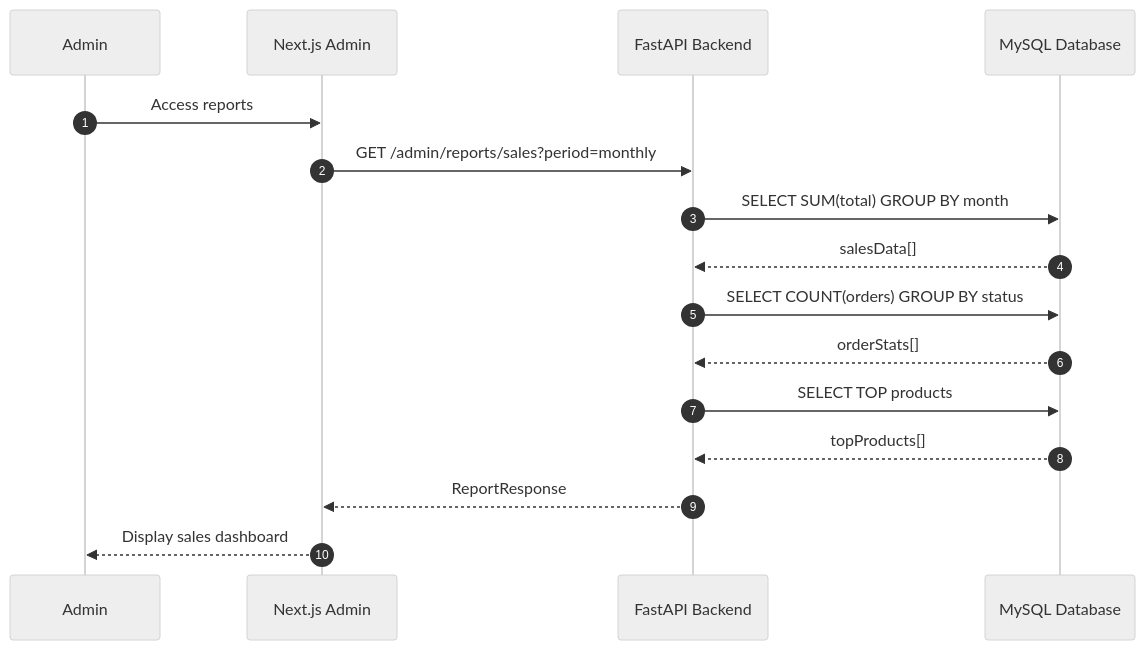
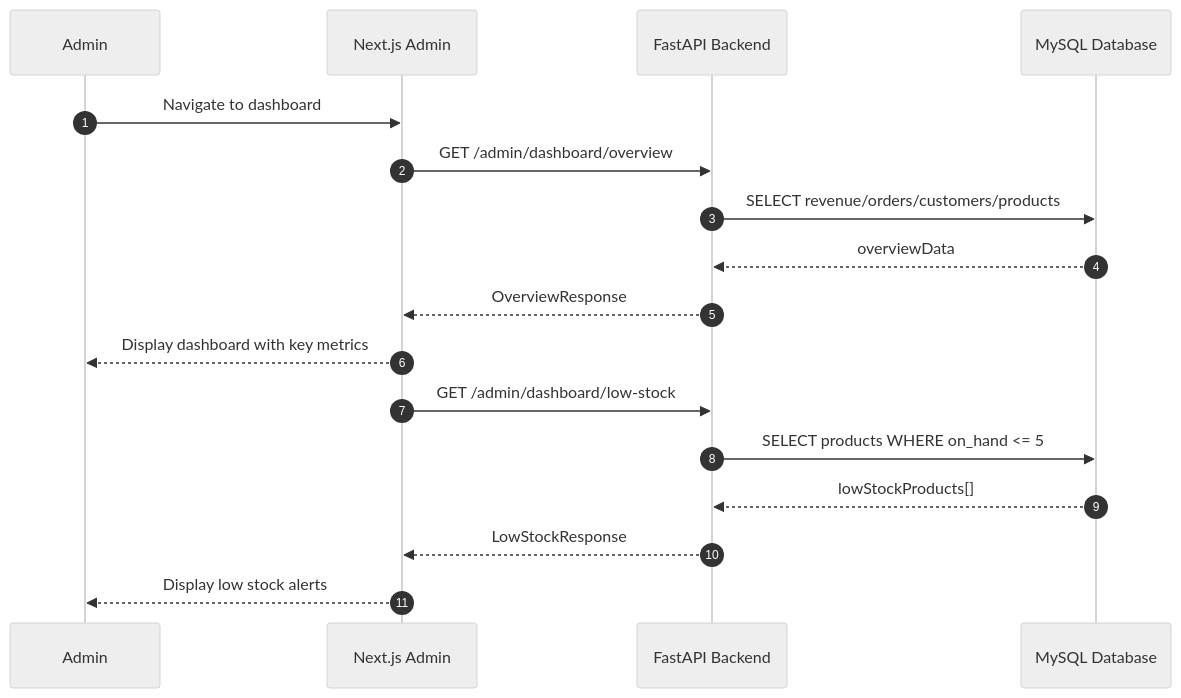
Before and after one commit to DanhTrannn/TLCN: diagram 35 of 60 in docs/design-analysis/OOSAD_ANALYSIS.md, drawn with Mermaid (neutral theme). The commit also changed other lines of this file, not shown here.

````diff
--- a/docs/design-analysis/OOSAD_ANALYSIS.md
+++ b/docs/design-analysis/OOSAD_ANALYSIS.md
@@ -1485,19 +1548,21 @@
 ```mermaid
 sequenceDiagram
     autonumber
     participant A as Admin
     participant FE as Next.js Admin
     participant API as FastAPI Backend
     participant DB as MySQL Database
     
-    A->>FE: Access reports
-    FE->>API: GET /admin/reports/sales?period=monthly
-    API->>DB: SELECT SUM(total) GROUP BY month
-    DB-->>API: salesData[]
-    API->>DB: SELECT COUNT(orders) GROUP BY status
-    DB-->>API: orderStats[]
-    API->>DB: SELECT TOP products
-    DB-->>API: topProducts[]
-    API-->>FE: ReportResponse
-    FE-->>A: Display sales dashboard
+    A->>FE: Navigate to dashboard
+    FE->>API: GET /admin/dashboard/overview
+    API->>DB: SELECT revenue/orders/customers/products
+    DB-->>API: overviewData
+    API-->>FE: OverviewResponse
+    FE-->>A: Display dashboard with key metrics
+    
+    FE->>API: GET /admin/dashboard/low-stock
+    API->>DB: SELECT products WHERE on_hand <= 5
+    DB-->>API: lowStockProducts[]
+    API-->>FE: LowStockResponse
+    FE-->>A: Display low stock alerts
 ```
````
